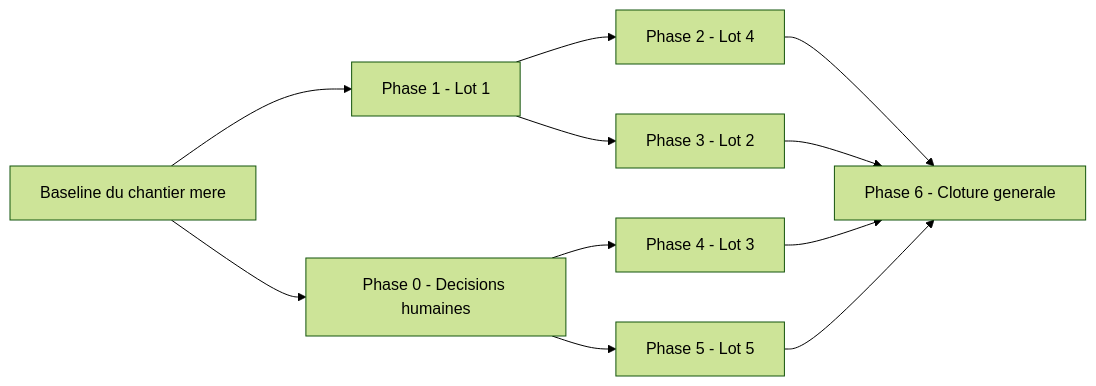
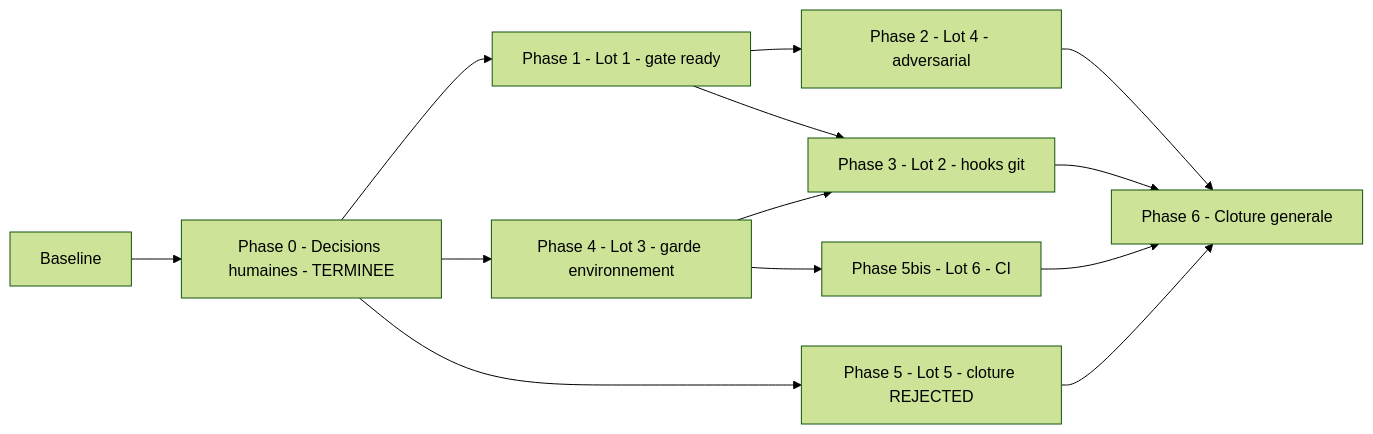
Before and after one commit to LucBrice/EBTA---David-Aronson: the second of 2 diagrams in .ai/backlog/fixes/EPIC_ROBUSTESSE_GARDE_FOUS_AGENT_CODAGE.md, drawn with Mermaid (forest theme). The commit also changed other lines of this file, not shown here.

````diff
--- a/.ai/backlog/fixes/EPIC_ROBUSTESSE_GARDE_FOUS_AGENT_CODAGE.md
+++ b/.ai/backlog/fixes/EPIC_ROBUSTESSE_GARDE_FOUS_AGENT_CODAGE.md
@@ -517,13 +598,15 @@
 ```mermaid
 flowchart LR
-    B["Baseline du chantier mere"] --> P1["Phase 1 - Lot 1"]
-    B --> P0["Phase 0 - Decisions humaines"]
-    P1 --> P2["Phase 2 - Lot 4"]
-    P1 --> P3["Phase 3 - Lot 2"]
-    P0 --> P4["Phase 4 - Lot 3"]
-    P0 --> P5["Phase 5 - Lot 5"]
-    P2 --> P6["Phase 6 - Cloture generale"]
-    P3 --> P6
-    P4 --> P6
-    P5 --> P6
+    B["Baseline"] --> P0["Phase 0 - Decisions humaines - TERMINEE"]
+    P0 --> P1["Phase 1 - Lot 1 - gate ready"]
+    P0 --> P4["Phase 4 - Lot 3 - garde environnement"]
+    P0 --> P5["Phase 5 - Lot 5 - cloture REJECTED"]
+    P1 --> P2["Phase 2 - Lot 4 - adversarial"]
+    P4 --> P3["Phase 3 - Lot 2 - hooks git"]
+    P1 --> P3
+    P4 --> P6b["Phase 5bis - Lot 6 - CI"]
+    P2 --> P7["Phase 6 - Cloture generale"]
+    P3 --> P7
+    P5 --> P7
+    P6b --> P7
 ```
````
